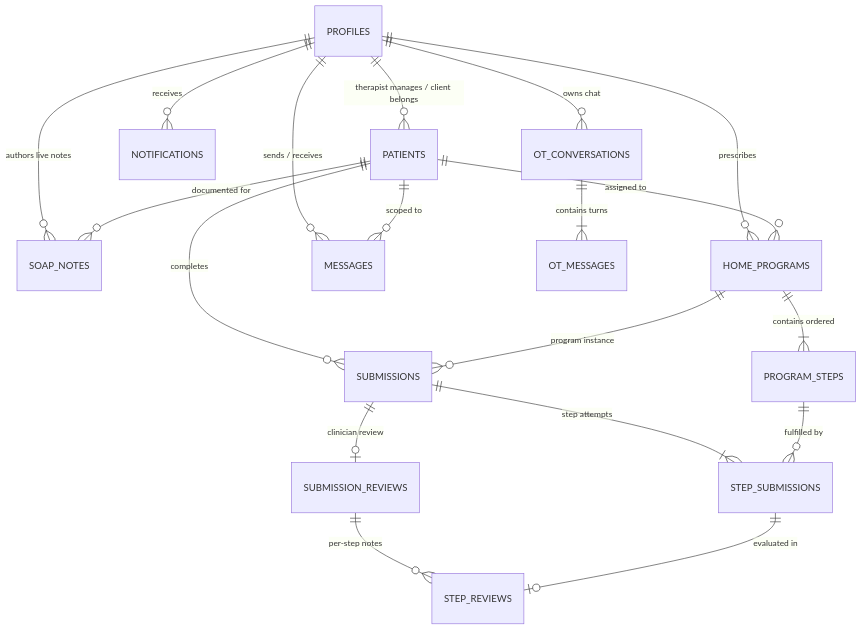
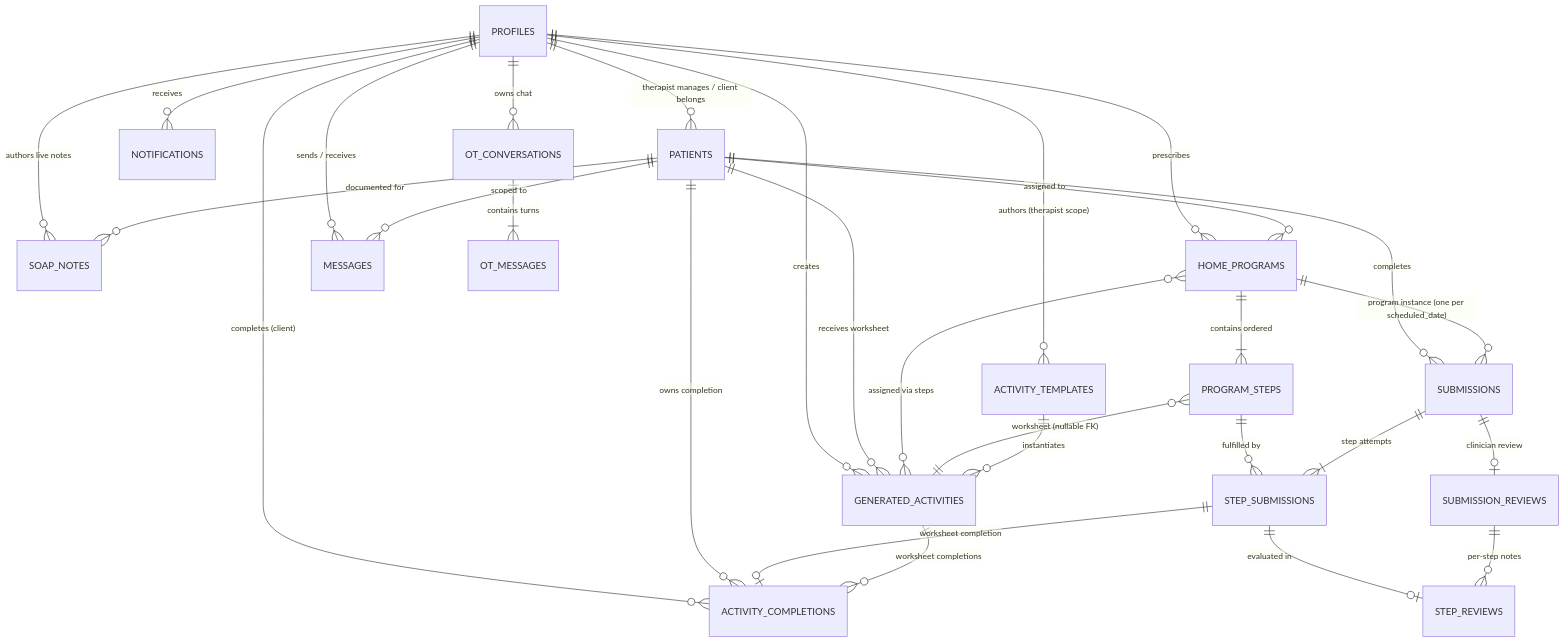
One commit to ernestpascual/aruga changed the diagram in docs/DATABASE_DESIGN.md. Above: the diagram before and after it, drawn with Mermaid. The commit also changed other lines of this file and 23 other files, not shown here.

````diff
--- a/docs/DATABASE_DESIGN.md
+++ b/docs/DATABASE_DESIGN.md
@@ -22,27 +25,37 @@
 ```mermaid
 erDiagram
     PROFILES ||--o{ PATIENTS : "therapist manages / client belongs"
     PROFILES ||--o{ SOAP_NOTES : "authors live notes"
     PROFILES ||--o{ HOME_PROGRAMS : "prescribes"
     PROFILES ||--o{ NOTIFICATIONS : "receives"
     PROFILES ||--o{ MESSAGES : "sends / receives"
     PROFILES ||--o{ OT_CONVERSATIONS : "owns chat"
+    PROFILES ||--o{ ACTIVITY_TEMPLATES : "authors (therapist scope)"
+    PROFILES ||--o{ GENERATED_ACTIVITIES : "creates"
+    PROFILES ||--o{ ACTIVITY_COMPLETIONS : "completes (client)"
 
     PATIENTS ||--o{ HOME_PROGRAMS : "assigned to"
     PATIENTS ||--o{ SUBMISSIONS : "completes"
     PATIENTS ||--o{ SOAP_NOTES : "documented for"
     PATIENTS ||--o{ MESSAGES : "scoped to"
+    PATIENTS ||--o{ GENERATED_ACTIVITIES : "receives worksheet"
+    PATIENTS ||--o{ ACTIVITY_COMPLETIONS : "owns completion"
 
     HOME_PROGRAMS ||--|{ PROGRAM_STEPS : "contains ordered"
-    HOME_PROGRAMS ||--o{ SUBMISSIONS : "program instance"
+    HOME_PROGRAMS ||--o{ SUBMISSIONS : "program instance (one per scheduled_date)"
+    HOME_PROGRAMS }o--o{ GENERATED_ACTIVITIES : "assigned via steps"
+
+    PROGRAM_STEPS ||--o{ STEP_SUBMISSIONS : "fulfilled by"
+    PROGRAM_STEPS }o--|| GENERATED_ACTIVITIES : "worksheet (nullable FK)"
 
     SUBMISSIONS ||--|{ STEP_SUBMISSIONS : "step attempts"
     SUBMISSIONS ||--o| SUBMISSION_REVIEWS : "clinician review"
 
-    PROGRAM_STEPS ||--o{ STEP_SUBMISSIONS : "fulfilled by"
+    STEP_SUBMISSIONS ||--o| STEP_REVIEWS : "evaluated in"
+    STEP_SUBMISSIONS ||--o| ACTIVITY_COMPLETIONS : "worksheet completion"
 
     SUBMISSION_REVIEWS ||--o{ STEP_REVIEWS : "per-step notes"
-    STEP_SUBMISSIONS ||--o| STEP_REVIEWS : "evaluated in"
-
+    GENERATED_ACTIVITIES ||--o{ ACTIVITY_COMPLETIONS : "worksheet completions"
+    ACTIVITY_TEMPLATES ||--o{ GENERATED_ACTIVITIES : "instantiates"
     OT_CONVERSATIONS ||--|{ OT_MESSAGES : "contains turns"
 ```
````
